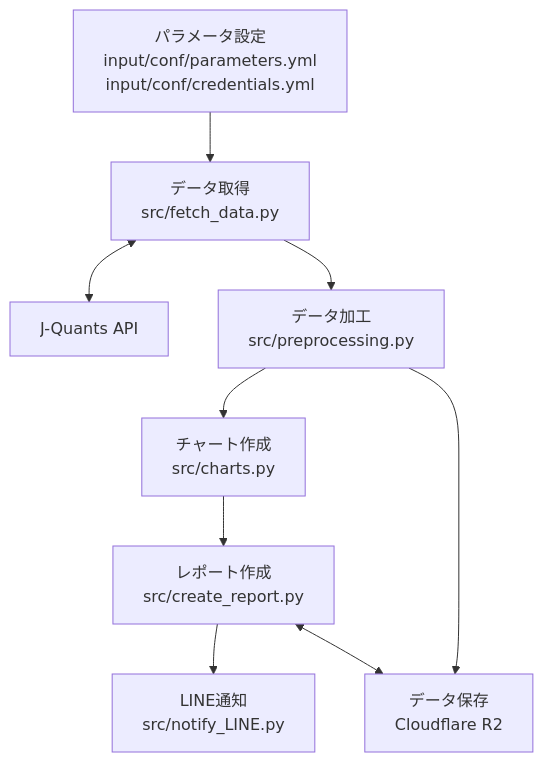
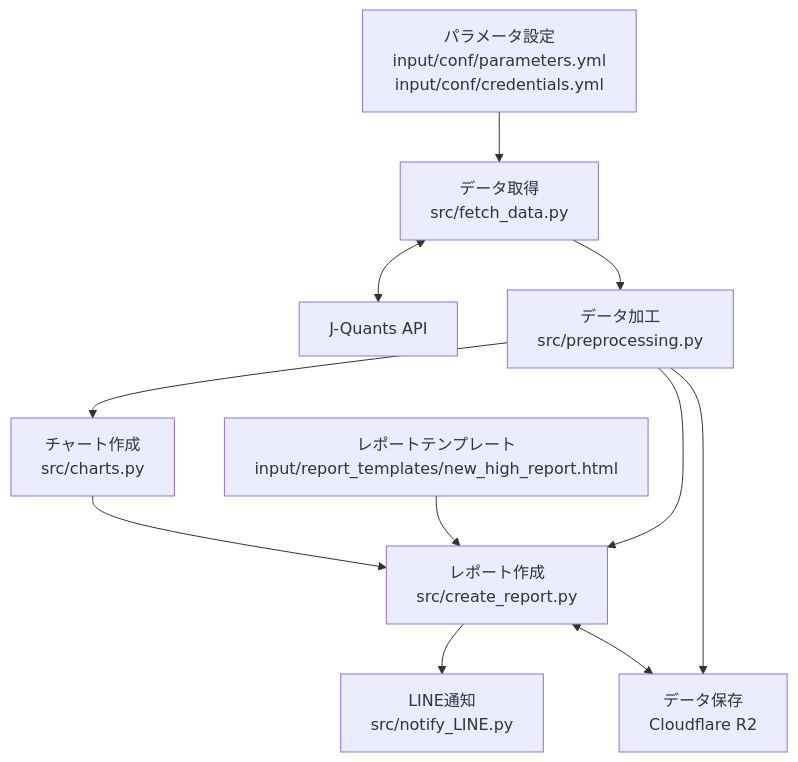
One commit to hiroyfm/new-high-report changed the diagram in README.md. Above: the diagram before and after it, drawn with Mermaid.

````diff
--- a/README.md
+++ b/README.md
@@ -70,14 +70,16 @@
 ```mermaid
 flowchart TD
     A[パラメータ設定<br/>input/conf/parameters.yml<br/>input/conf/credentials.yml] --> B[データ取得<br/>src/fetch_data.py]
 
     B <--> JQ[J-Quants API]
 
     B --> C[データ加工<br/>src/preprocessing.py]
     C --> D[チャート作成<br/>src/charts.py]
     D --> E[レポート作成<br/>src/create_report.py]
+    C --> E   
     E --> F[LINE通知<br/>src/notify_LINE.py]
+    G[レポートテンプレート<br/>input/report_templates/new_high_report.html] --> E
 
     C --> R2[データ保存<br/>Cloudflare R2]
     E <--> R2
 ```
````
